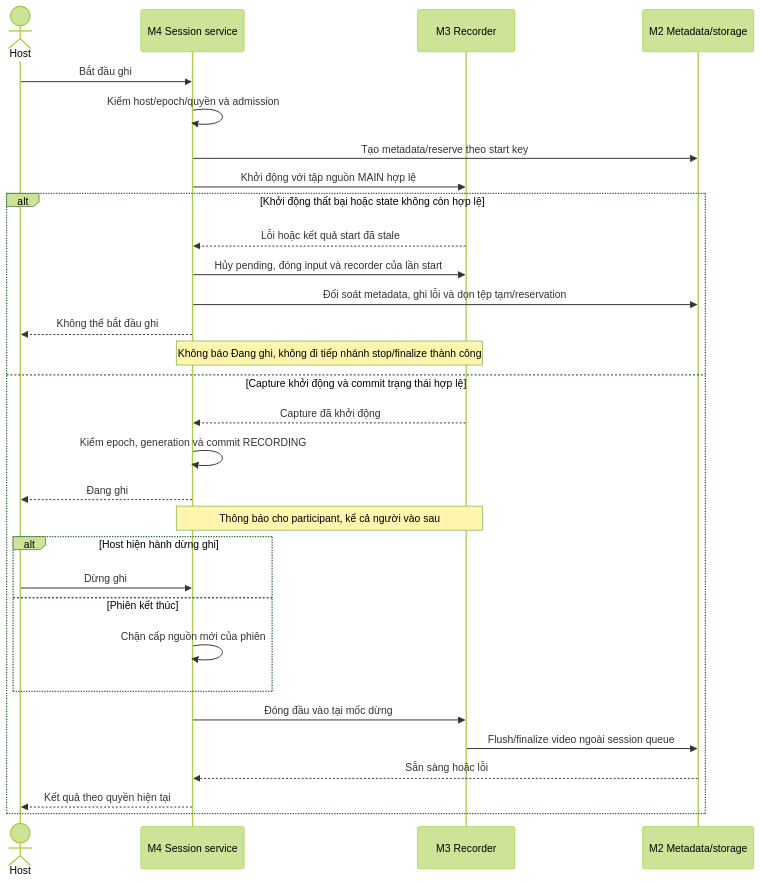
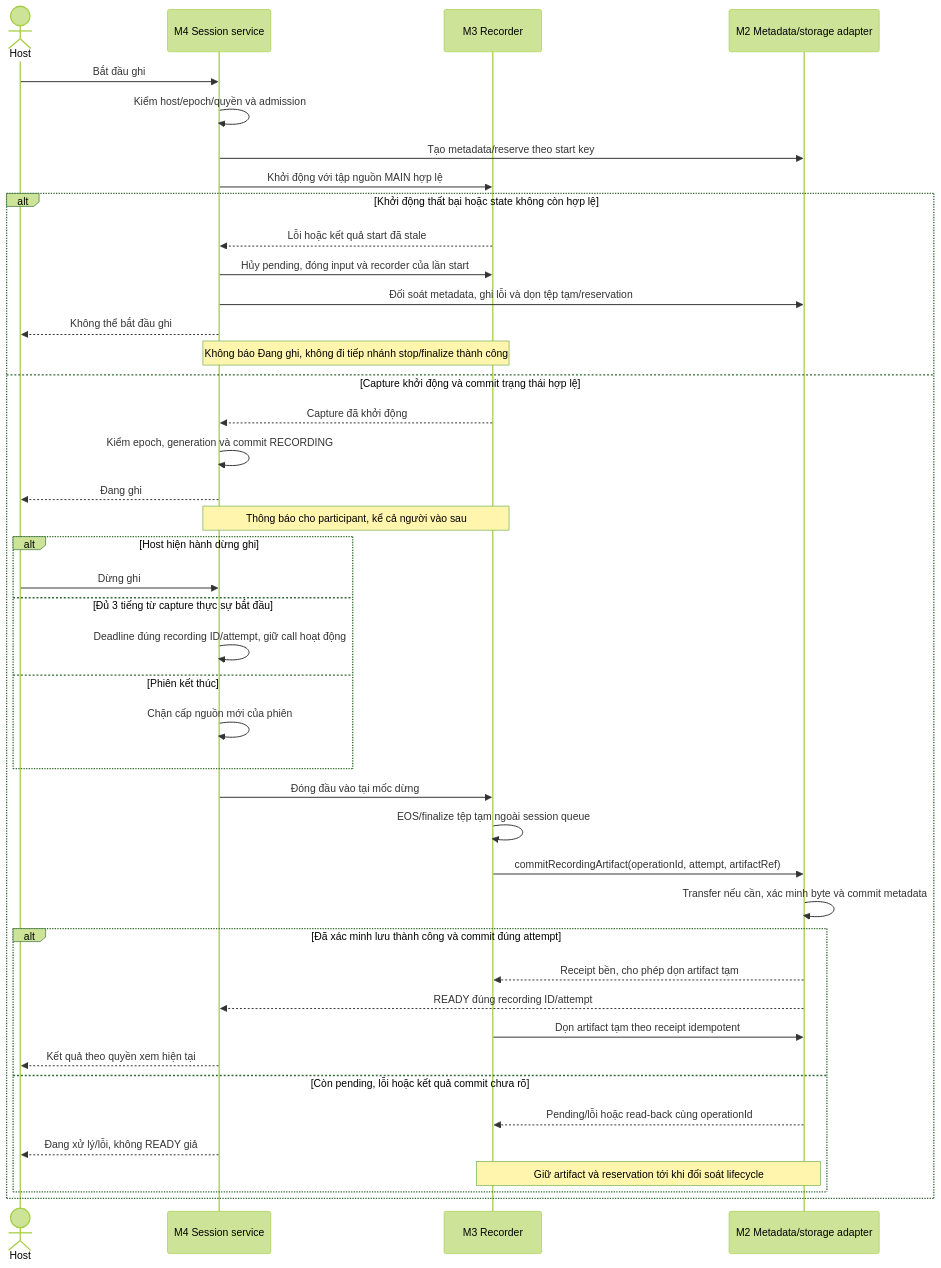
One commit to Lightning1507/CoLearnia changed the seventh of 7 diagrams in docs/proposals/m3-media.md. Above: the diagram before and after it, drawn with Mermaid (forest theme). The commit also changed other lines of this file and 6 other files, not shown here.

Commit message:
docs(media): finalize media contracts and recording design

````diff
--- a/docs/proposals/m3-media.md
+++ b/docs/proposals/m3-media.md
@@ -372,32 +423,44 @@
 ```mermaid
 sequenceDiagram
   actor H as Host
   participant S as M4 Session service
   participant R as M3 Recorder
-  participant F as M2 Metadata/storage
+  participant F as M2 Metadata/storage adapter
   H->>S: Bắt đầu ghi
   S->>S: Kiểm host/epoch/quyền và admission
   S->>F: Tạo metadata/reserve theo start key
   S->>R: Khởi động với tập nguồn MAIN hợp lệ
   alt Khởi động thất bại hoặc state không còn hợp lệ
     R-->>S: Lỗi hoặc kết quả start đã stale
     S->>R: Hủy pending, đóng input và recorder của lần start
     S->>F: Đối soát metadata, ghi lỗi và dọn tệp tạm/reservation
     S-->>H: Không thể bắt đầu ghi
     Note over S,R: Không báo Đang ghi, không đi tiếp nhánh stop/finalize thành công
   else Capture khởi động và commit trạng thái hợp lệ
     R-->>S: Capture đã khởi động
     S->>S: Kiểm epoch, generation và commit RECORDING
     S-->>H: Đang ghi
     Note over S,R: Thông báo cho participant, kể cả người vào sau
     alt Host hiện hành dừng ghi
       H->>S: Dừng ghi
+    else Đủ 3 tiếng từ capture thực sự bắt đầu
+      S->>S: Deadline đúng recording ID/attempt, giữ call hoạt động
     else Phiên kết thúc
       S->>S: Chặn cấp nguồn mới của phiên
     end
     S->>R: Đóng đầu vào tại mốc dừng
-    R->>F: Flush/finalize video ngoài session queue
-    F-->>S: Sẵn sàng hoặc lỗi
-    S-->>H: Kết quả theo quyền hiện tại
+    R->>R: EOS/finalize tệp tạm ngoài session queue
+    R->>F: commitRecordingArtifact(operationId, attempt, artifactRef)
+    F->>F: Transfer nếu cần, xác minh byte và commit metadata
+    alt Đã xác minh lưu thành công và commit đúng attempt
+      F-->>R: Receipt bền, cho phép dọn artifact tạm
+      F-->>S: READY đúng recording ID/attempt
+      R->>F: Dọn artifact tạm theo receipt idempotent
+      S-->>H: Kết quả theo quyền xem hiện tại
+    else Còn pending, lỗi hoặc kết quả commit chưa rõ
+      F-->>R: Pending/lỗi hoặc read-back cùng operationId
+      S-->>H: Đang xử lý/lỗi, không READY giả
+      Note over R,F: Giữ artifact và reservation tới khi đối soát lifecycle
+    end
   end
 ```
````
